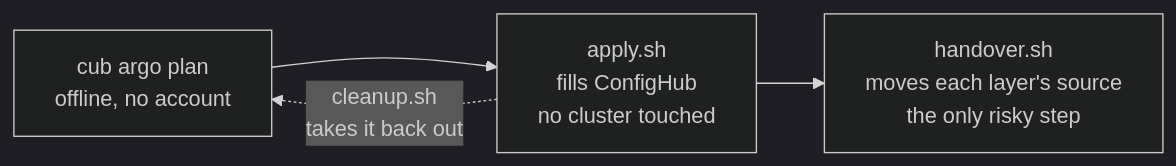
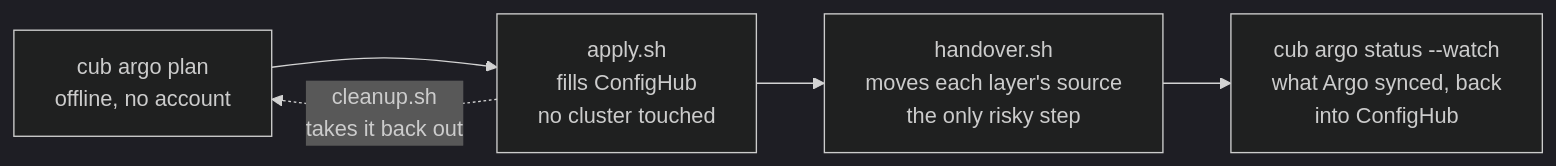
The first of 9 diagrams in cub-argo/docs/onboard-your-argo-estate.md (confighub/examples), drawn with Mermaid (dark theme) before and after one commit. The commit also changed other lines of this file and 12 other files, not shown here.

````diff
--- a/cub-argo/docs/onboard-your-argo-estate.md
+++ b/cub-argo/docs/onboard-your-argo-estate.md
@@ -10,6 +10,7 @@
 ```mermaid
 flowchart LR
   p["cub argo plan<br/>offline, no account"] --> a["apply.sh<br/>fills ConfigHub<br/>no cluster touched"]
   a --> h["handover.sh<br/>moves each layer's source<br/>the only risky step"]
+  h --> s["cub argo status --watch<br/>what Argo synced, back<br/>into ConfigHub"]
   a -.->|"cleanup.sh<br/>takes it back out"| p
 ```
````
